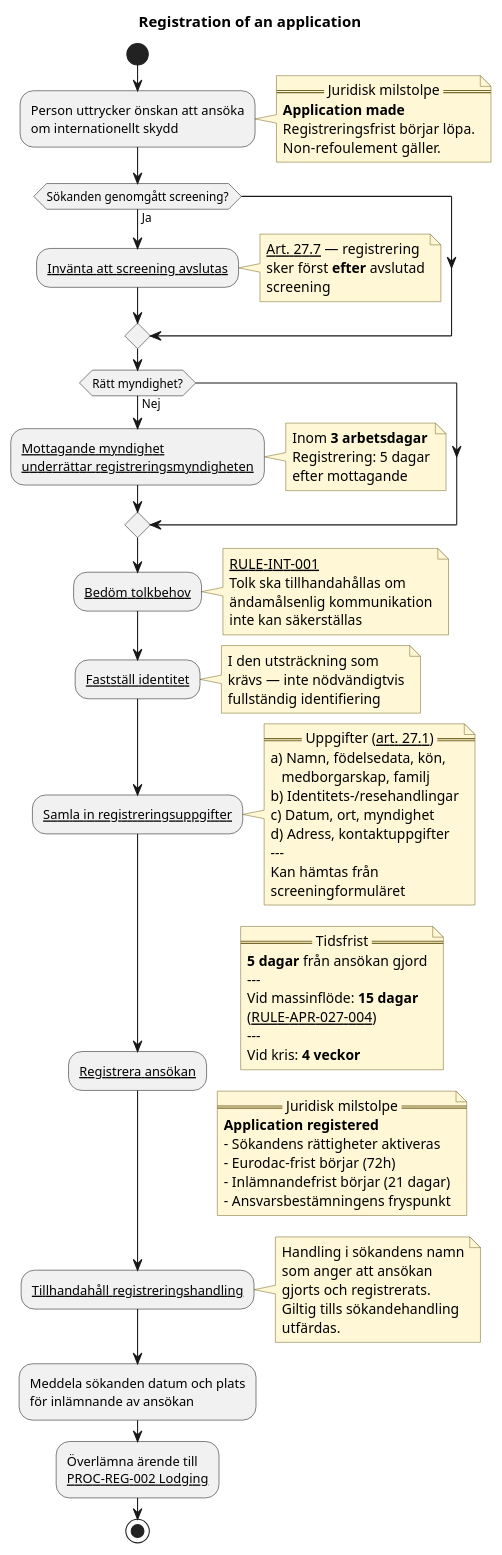
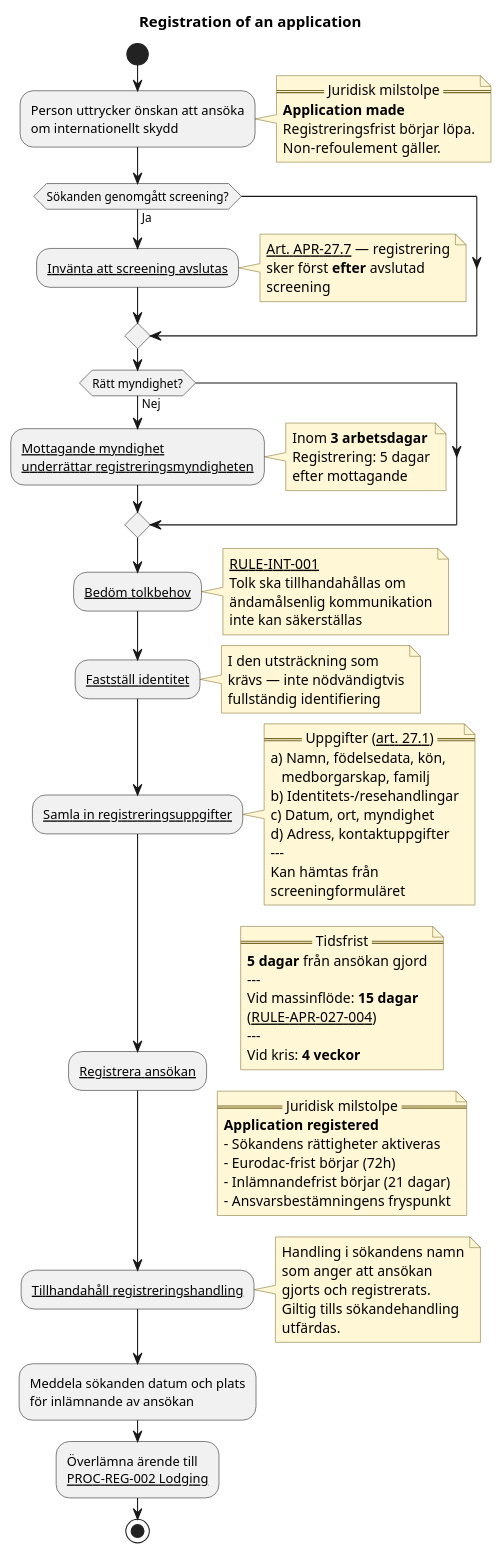
Before and after one commit to chrhe894/migration_pact: the diagram in domains/registration/diagrams/registration-of-an-application.pu, drawn with PlantUML.

Commit message:
Test push

```diff
--- a/domains/registration/diagrams/registration-of-an-application.pu
+++ b/domains/registration/diagrams/registration-of-an-application.pu
@@ -15,113 +15,113 @@
 @startuml registration-of-an-application
 
 title Registration of an application
 
 skinparam shadowing false
 skinparam defaultFontName Arial
 skinparam note {
   BackgroundColor #FFF7D6
   BorderColor #7A6A2A
 }
 skinparam HyperlinkColor Black
 skinparam HyperlinkUnderline true
 
 start
 
 :Person uttrycker önskan att ansöka
 om internationellt skydd;
 
 note right
   == Juridisk milstolpe ==
   **Application made**
   Registreringsfrist börjar löpa.
   Non-refoulement gäller.
 end note
 
 if (Sökanden genomgått screening?) then (Ja)
 
     :[[../rules/rule-apr-027-005.md Invänta att screening avslutas]];
     note right
-      [[../articles/apr-027.md Art. 27.7]] — registrering
+      [[../articles/apr-027.md Art. APR-27.7]] — registrering
       sker först **efter** avslutad
       screening
     end note
 
 endif
 
 if (Rätt myndighet?) then (Nej)
 
     :[[../rules/rule-apr-027-003.md Mottagande myndighet\nunderrättar registreringsmyndigheten]];
     note right
       Inom **3 arbetsdagar**
       Registrering: 5 dagar
       efter mottagande
     end note
 
 endif
 
 :[[../../../shared/interpreters/activities/determine-interpreter-needs.md Bedöm tolkbehov]];
 note right
   [[../../../shared/interpreters/rules/rule-int-001.md RULE-INT-001]]
   Tolk ska tillhandahållas om
   ändamålsenlig kommunikation
   inte kan säkerställas
 end note
 
 :[[../../../shared/identity/activities/verify-identity.md Fastställ identitet]];
 note right
   I den utsträckning som
   krävs — inte nödvändigtvis
   fullständig identifiering
 end note
 
 :[[../rules/rule-apr-027-002.md Samla in registreringsuppgifter]];
 note right
   == Uppgifter ([[../articles/apr-027.md art. 27.1]]) ==
   a) Namn, födelsedata, kön,
      medborgarskap, familj
   b) Identitets-/resehandlingar
   c) Datum, ort, myndighet
   d) Adress, kontaktuppgifter
   ---
   Kan hämtas från
   screeningformuläret
 end note
 
 :[[../rules/rule-apr-027-001.md Registrera ansökan]];
 note right
   == Tidsfrist ==
   **5 dagar** från ansökan gjord
   ---
   Vid massinflöde: **15 dagar**
   ([[../rules/rule-apr-027-004.md RULE-APR-027-004]])
   ---
   Vid kris: **4 veckor**
 end note
 
 note right
   == Juridisk milstolpe ==
   **Application registered**
   - Sökandens rättigheter aktiveras
   - Eurodac-frist börjar (72h)
   - Inlämnandefrist börjar (21 dagar)
   - Ansvarsbestämningens fryspunkt
 end note
 
 :[[../rules/rule-apr-029-001.md Tillhandahåll registreringshandling]];
 note right
   Handling i sökandens namn
   som anger att ansökan
   gjorts och registrerats.
   Giltig tills sökandehandling
   utfärdas.
 end note
 
 :Meddela sökanden datum och plats
 för inlämnande av ansökan;
 
 :Överlämna ärende till
 [[../processes/lodging-an-application.md PROC-REG-002 Lodging]];
 
 stop
 
 @enduml
```
